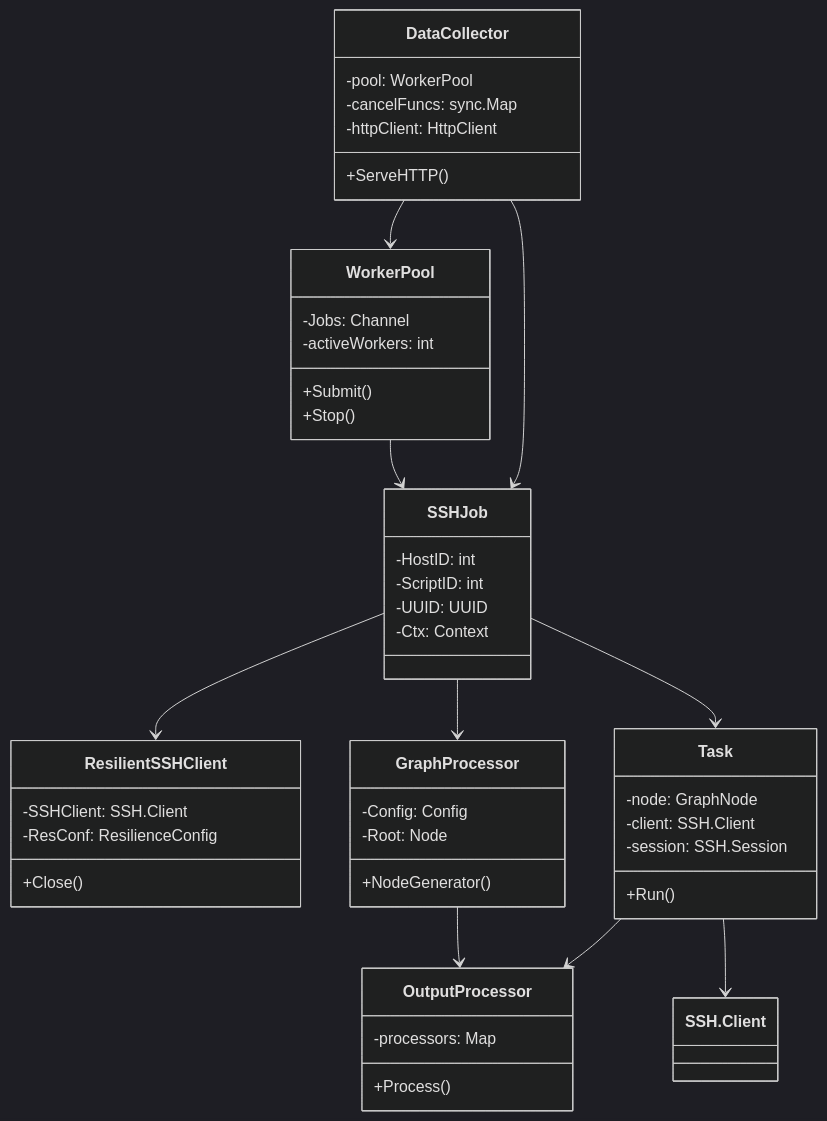
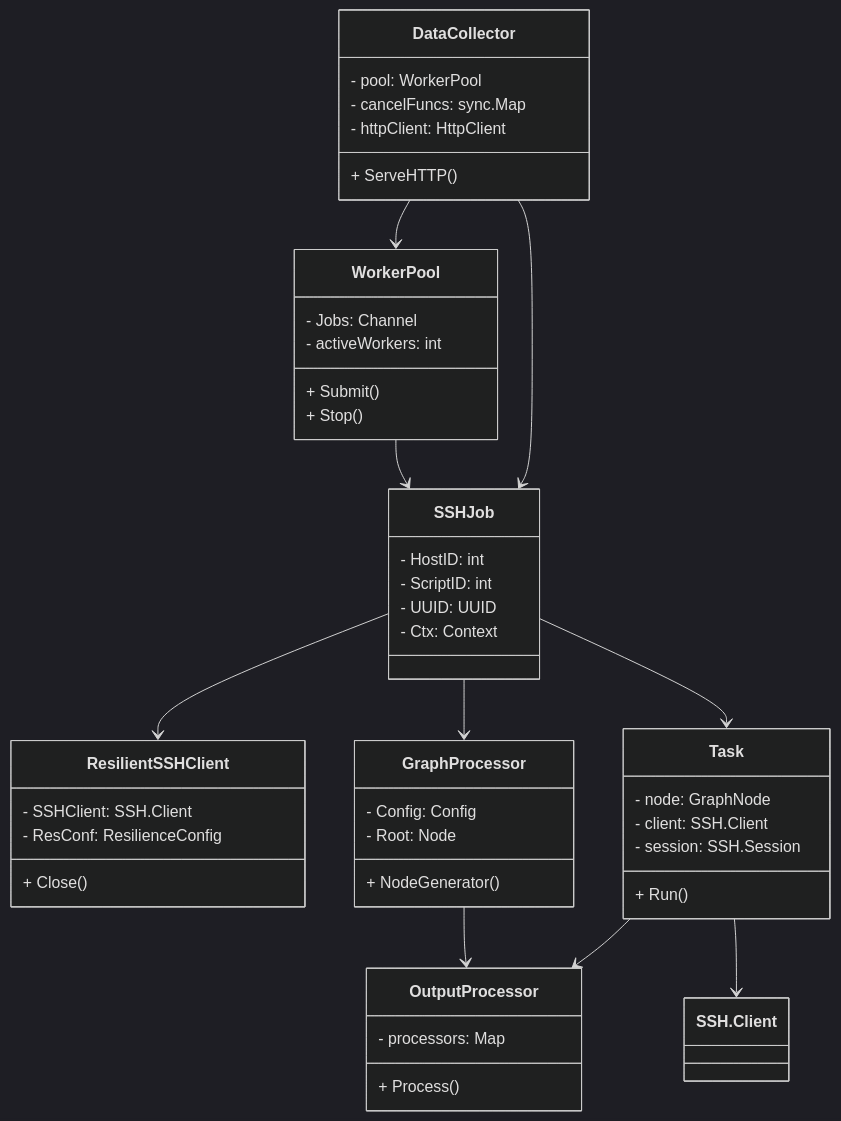
The first of 2 diagrams in cmd/datacollector/README.md (Andrej220/HAM), drawn with Mermaid (dark theme) before and after one commit. The commit also changed other lines of this file and 4 other files, not shown here.

````diff
--- a/cmd/datacollector/README.md
+++ b/cmd/datacollector/README.md
@@ -7,60 +7,60 @@
 ``` mermaid
 classDiagram
     direction TB
 
     class DataCollector {
-        -pool: WorkerPool
-        -cancelFuncs: sync.Map
-        -httpClient: HttpClient
-        +ServeHTTP()
+        - pool: WorkerPool
+        - cancelFuncs: sync.Map
+        - httpClient: HttpClient
+        + ServeHTTP()
     }
 
     class SSHJob {
-        -HostID: int
-        -ScriptID: int
-        -UUID: UUID
-        -Ctx: Context
+        - HostID: int
+        - ScriptID: int
+        - UUID: UUID
+        - Ctx: Context
     }
 
     class ResilientSSHClient {
-        -SSHClient: SSH.Client
-        -ResConf: ResilienceConfig
-        +Close()
+        - SSHClient: SSH.Client
+        - ResConf: ResilienceConfig
+        + Close()
     }
 
     class Task {
-        -node: GraphNode
-        -client: SSH.Client
-        -session: SSH.Session
-        +Run()
+        - node: GraphNode
+        - client: SSH.Client
+        - session: SSH.Session
+        + Run()
     }
 
     class WorkerPool {
-        -Jobs: Channel
-        -activeWorkers: int
-        +Submit()
-        +Stop()
+        - Jobs: Channel
+        - activeWorkers: int
+        + Submit()
+        + Stop()
     }
 
     class GraphProcessor {
-        -Config: Config
-        -Root: Node
-        +NodeGenerator()
+        - Config: Config
+        - Root: Node
+        + NodeGenerator()
     }
 
     class OutputProcessor {
-        -processors: Map
-        +Process()
+        - processors: Map
+        + Process()
     }
 
     %% Relationships
     DataCollector --> WorkerPool
     DataCollector --> SSHJob
     WorkerPool --> SSHJob
     SSHJob --> ResilientSSHClient
     SSHJob --> GraphProcessor
     SSHJob --> Task
     Task --> SSH.Client
     Task --> OutputProcessor
     GraphProcessor --> OutputProcessor
 ```
````
